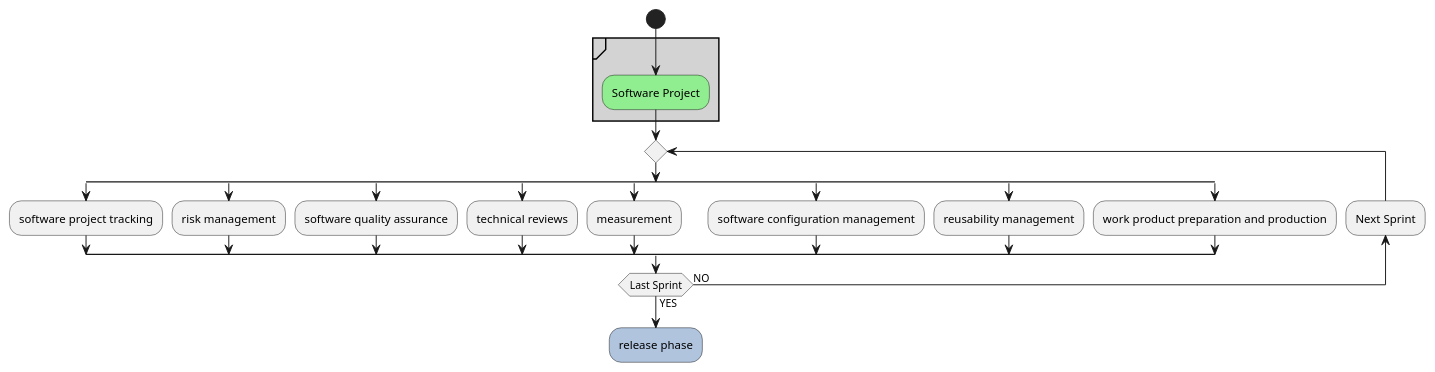
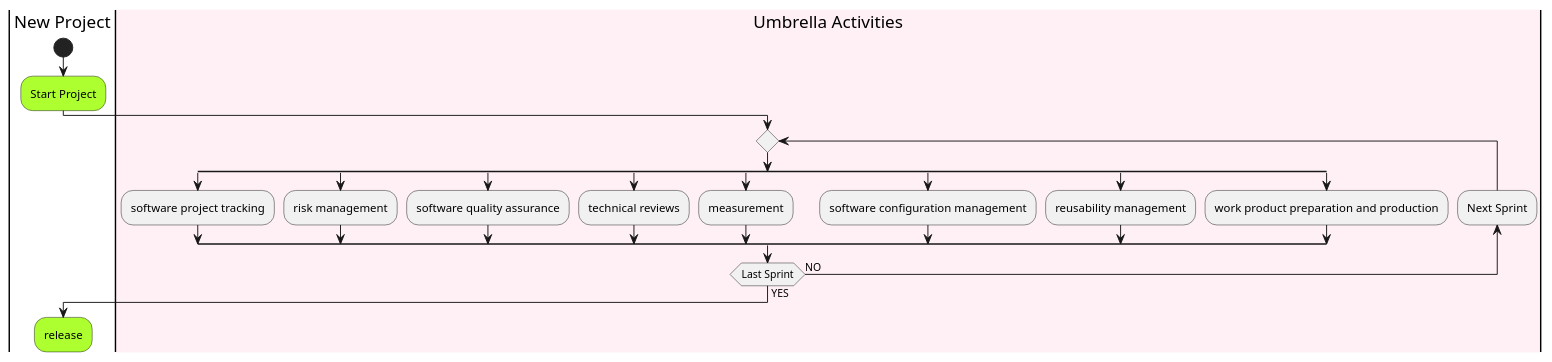
Before and after one commit to KPZNet/CSC505: the first of 22 diagrams in M1/Umbrella.puml, drawn with PlantUML. The commit also changed other lines of this file, not shown here.

```diff
--- a/M1/Umbrella.puml
+++ b/M1/Umbrella.puml
@@ -2,31 +2,34 @@
 @startuml UmbrellaActivities
+|New Project|
 
 start
-partition #LightGrey  {
-#LightGreen:Software Project;
-}
+
+#GreenYellow:Start Project;
+
+|#LavenderBlush|Umbrella Activities|
 repeat
+
 split
   :software project tracking;
 split again
   :risk management;
 split again
   :software quality assurance;
-
 split again
   :technical reviews;
 split again
   :measurement;
 split again
   :software configuration management;
 split again
   :reusability management;
 split again
   :work product preparation and production;
 end split;
 backward :Next Sprint;
 repeatwhile (Last Sprint) is (NO) not (YES)
+|New Project|
 
-#LightSteelBlue:release phase;
+#GreenYellow:release;
 
 @enduml
```
